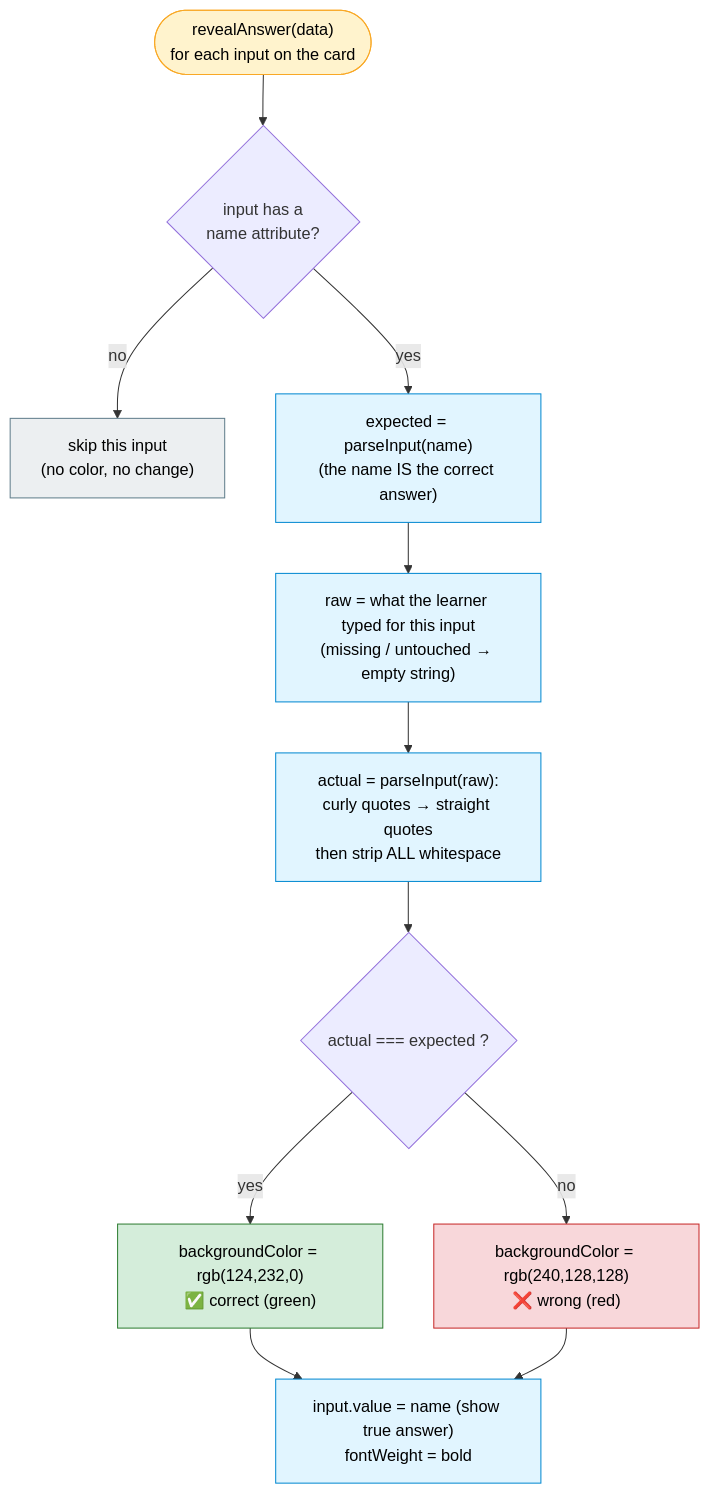
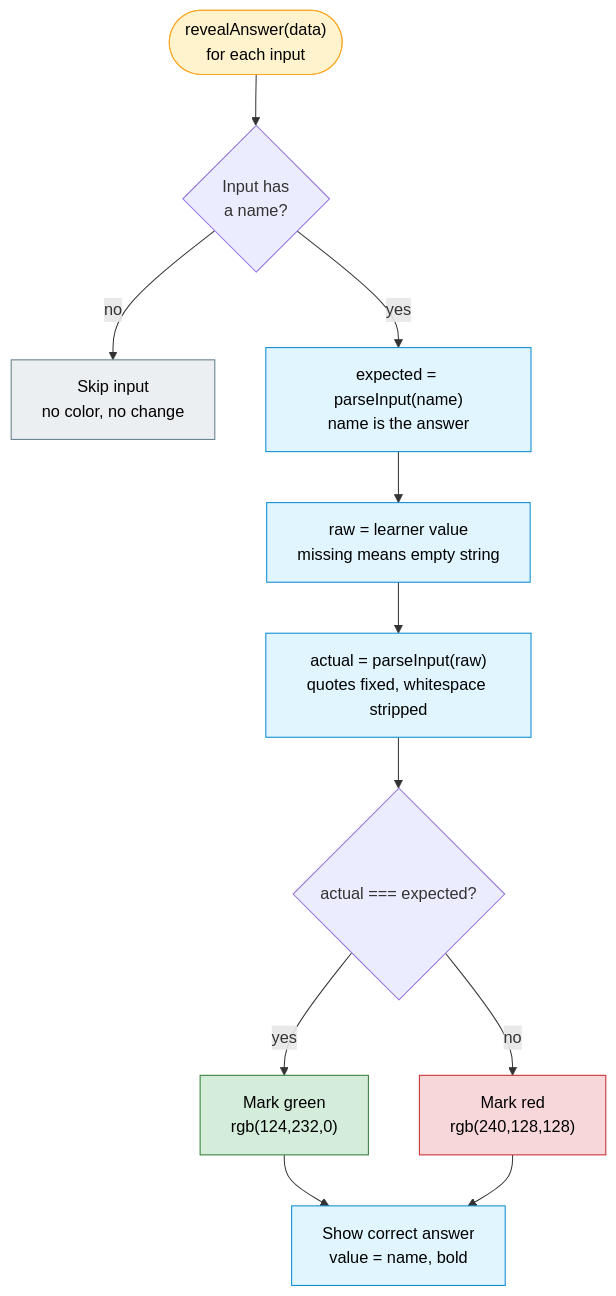
One commit to muhsinali/anki_templates changed the diagram in documentation/architecture-diagrams/05-answer-validation.md. Above: the diagram before and after it, drawn with Mermaid. The commit also changed 16 other files, not shown here.

````diff
--- a/documentation/architecture-diagrams/05-answer-validation.md
+++ b/documentation/architecture-diagrams/05-answer-validation.md
@@ -8,25 +8,41 @@
 ```mermaid
 flowchart TB
-    START(["revealAnswer(data)<br/>for each input on the card"]) --> HASNAME{"input has a<br/>name attribute?"}
-    HASNAME -->|no| SKIP["skip this input<br/>(no color, no change)"]
-    HASNAME -->|yes| EXPECTED["expected = parseInput(name)<br/>(the name IS the correct answer)"]
-    EXPECTED --> ACTUAL["raw = what the learner typed for this input<br/>(missing / untouched → empty string)"]
-    ACTUAL --> NORM["actual = parseInput(raw):<br/>curly quotes → straight quotes<br/>then strip ALL whitespace"]
-    NORM --> CMP{"actual === expected ?"}
-    CMP -->|yes| GREEN["backgroundColor = rgb(124,232,0)<br/>✅ correct (green)"]
-    CMP -->|no| RED["backgroundColor = rgb(240,128,128)<br/>❌ wrong (red)"]
-    GREEN --> SET["input.value = name (show true answer)<br/>fontWeight = bold"]
-    RED --> SET
+    start(["revealAnswer(data)<br/>for each input"])
+    has_name{"Input has<br/>a name?"}
+    skip_input["Skip input<br/>no color, no change"]
+    expected_value["expected = parseInput(name)<br/>name is the answer"]
+    learner_value["raw = learner value<br/>missing means empty string"]
+    normalized_value["actual = parseInput(raw)<br/>quotes fixed, whitespace stripped"]
+    is_correct{"actual === expected?"}
+    mark_correct["Mark green<br/>rgb(124,232,0)"]
+    mark_wrong["Mark red<br/>rgb(240,128,128)"]
+    show_answer["Show correct answer<br/>value = name, bold"]
+
+    %% Skip inert inputs.
+    start --> has_name
+    has_name -->|no| skip_input
+
+    %% Normalize before comparing.
+    has_name -->|yes| expected_value
+    expected_value --> learner_value
+    learner_value --> normalized_value
+    normalized_value --> is_correct
+
+    %% Both outcomes reveal the expected answer.
+    is_correct -->|yes| mark_correct
+    is_correct -->|no| mark_wrong
+    mark_correct --> show_answer
+    mark_wrong --> show_answer
 
     classDef entry fill:#fff3cd,stroke:#f9a825,color:#000;
-    classDef proc fill:#e1f5ff,stroke:#0288d1,color:#000;
+    classDef process fill:#e1f5ff,stroke:#0288d1,color:#000;
     classDef good fill:#d4edda,stroke:#2e7d32,color:#000;
     classDef bad fill:#f8d7da,stroke:#c62828,color:#000;
     classDef skip fill:#eceff1,stroke:#607d8b,color:#000;
 
-    class START entry;
-    class EXPECTED,ACTUAL,NORM,SET proc;
-    class GREEN good;
-    class RED bad;
-    class SKIP skip;
+    class start entry;
+    class expected_value,learner_value,normalized_value,show_answer process;
+    class mark_correct good;
+    class mark_wrong bad;
+    class skip_input skip;
 ```
````
